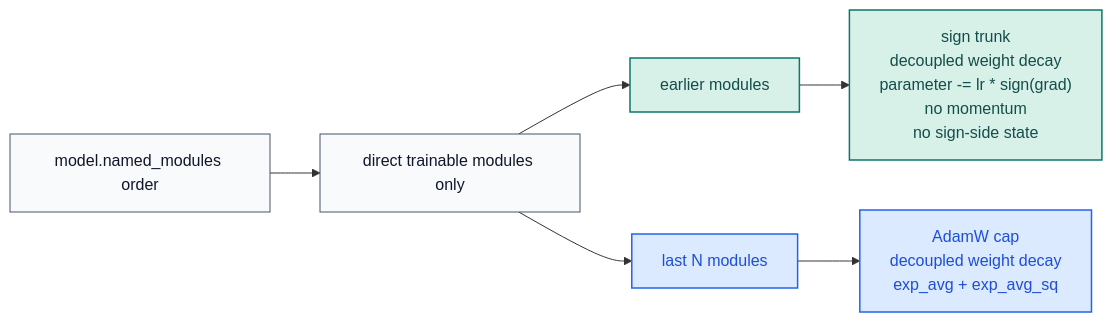
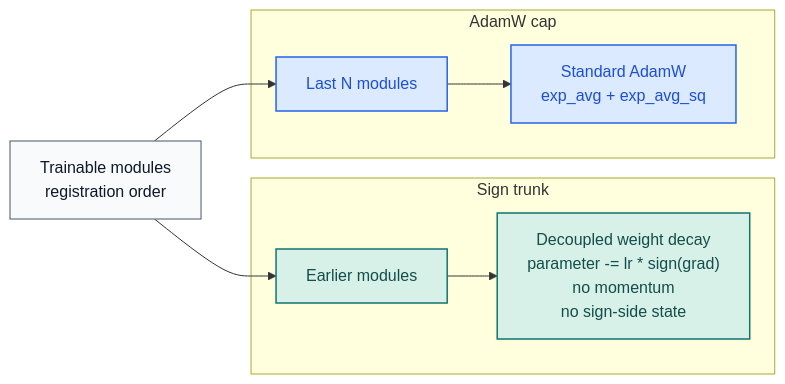
One commit to smturtle2/stac-optimizer changed the diagram in docs/en/optimizer.md. Above: the diagram before and after it, drawn with Mermaid. The commit also changed other lines of this file and 10 other files, not shown here.

````diff
--- a/docs/en/optimizer.md
+++ b/docs/en/optimizer.md
@@ -11,17 +12,27 @@
 ```mermaid
 flowchart LR
-    A["model.named_modules order"]
-    A --> B["direct trainable modules only"]
-    B --> C["earlier modules"]
-    B --> D["last N modules"]
-    C --> E["sign trunk<br/>decoupled weight decay<br/>parameter -= lr * sign(grad)<br/>no momentum<br/>no sign-side state"]
-    D --> F["AdamW cap<br/>decoupled weight decay<br/>exp_avg + exp_avg_sq"]
+    A["Trainable modules<br/>registration order"]
+
+    subgraph S["Sign trunk"]
+        B["Earlier modules"]
+        C["Decoupled weight decay<br/>parameter -= lr * sign(grad)<br/>no momentum<br/>no sign-side state"]
+    end
+
+    subgraph T["AdamW cap"]
+        D["Last N modules"]
+        E["Standard AdamW<br/>exp_avg + exp_avg_sq"]
+    end
+
+    A --> B
+    A --> D
+    B --> C
+    D --> E
 
     classDef neutral fill:#f8fafc,stroke:#475569,color:#0f172a,stroke-width:1px;
     classDef sign fill:#d7f0e8,stroke:#0f766e,color:#134e4a,stroke-width:1.5px;
     classDef adam fill:#dbeafe,stroke:#2563eb,color:#1d4ed8,stroke-width:1.5px;
 
-    class A,B neutral;
-    class C,E sign;
-    class D,F adam;
+    class A neutral;
+    class B,C sign;
+    class D,E adam;
 ```
````
